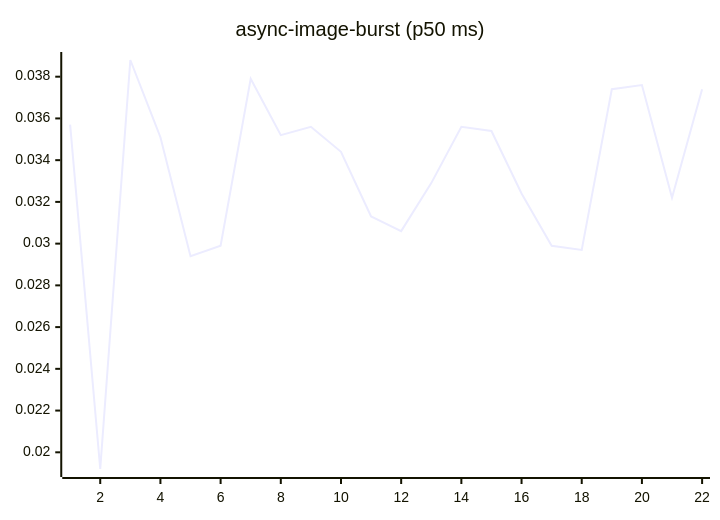
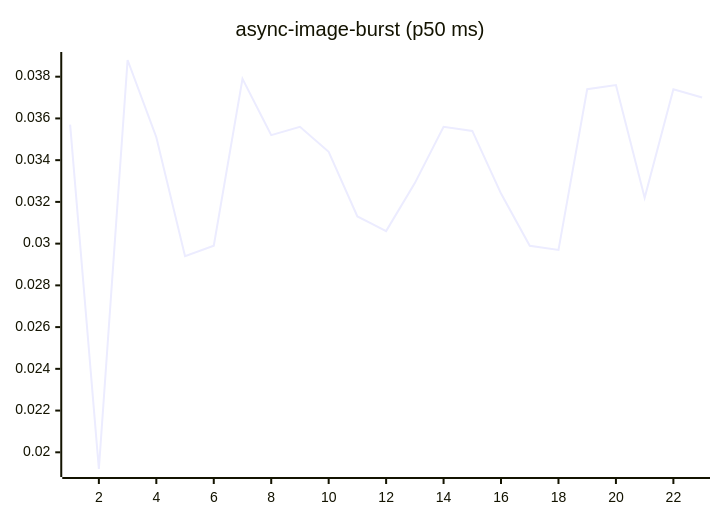
One commit to josha/Facet changed the fourth of 27 diagrams in README.md. Above: the diagram before and after it, drawn with Mermaid. The commit also changed other lines of this file and 2 other files, not shown here.

````diff
--- a/README.md
+++ b/README.md
@@ -84,6 +84,6 @@
 ```mermaid
 xychart-beta
     title "async-image-burst (p50 ms)"
-    x-axis 1 --> 22
-    line [0.0357, 0.0192, 0.0388, 0.0351, 0.0294, 0.0299, 0.0379, 0.0352, 0.0356, 0.0344, 0.0313, 0.0306, 0.0329, 0.0356, 0.0354, 0.0324, 0.0299, 0.0297, 0.0374, 0.0376, 0.0322, 0.0374]
+    x-axis 1 --> 23
+    line [0.0357, 0.0192, 0.0388, 0.0351, 0.0294, 0.0299, 0.0379, 0.0352, 0.0356, 0.0344, 0.0313, 0.0306, 0.0329, 0.0356, 0.0354, 0.0324, 0.0299, 0.0297, 0.0374, 0.0376, 0.0322, 0.0374, 0.0370]
 ```
````
